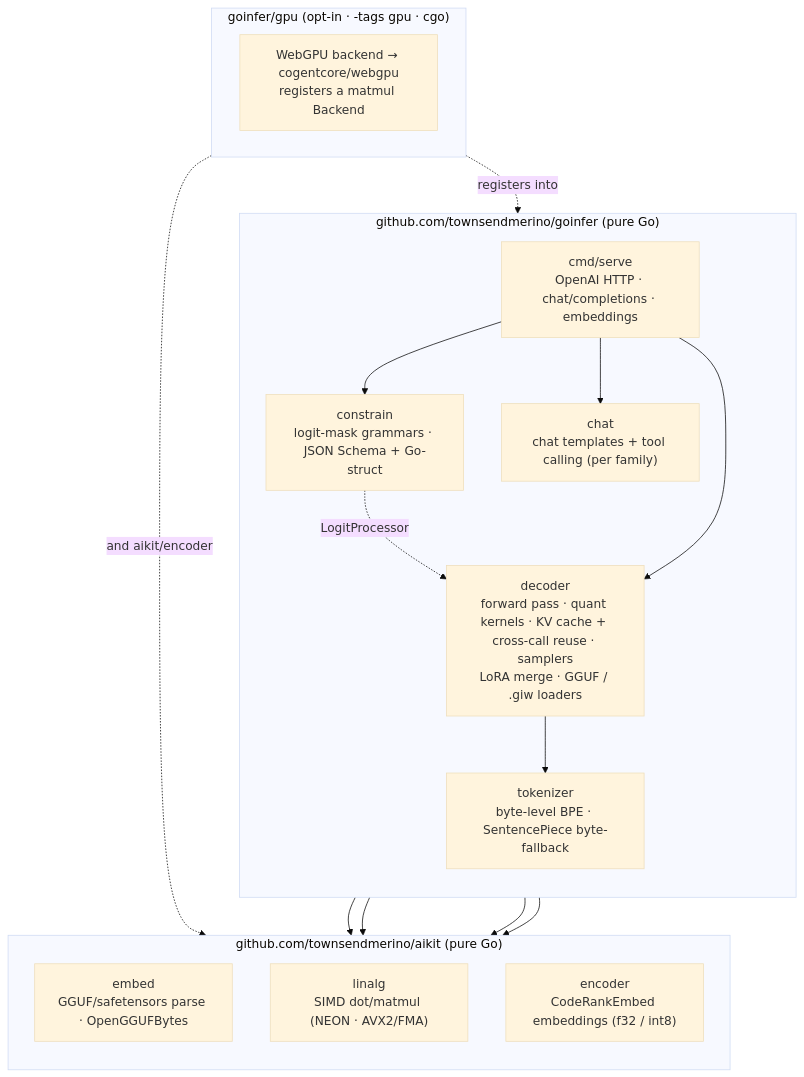
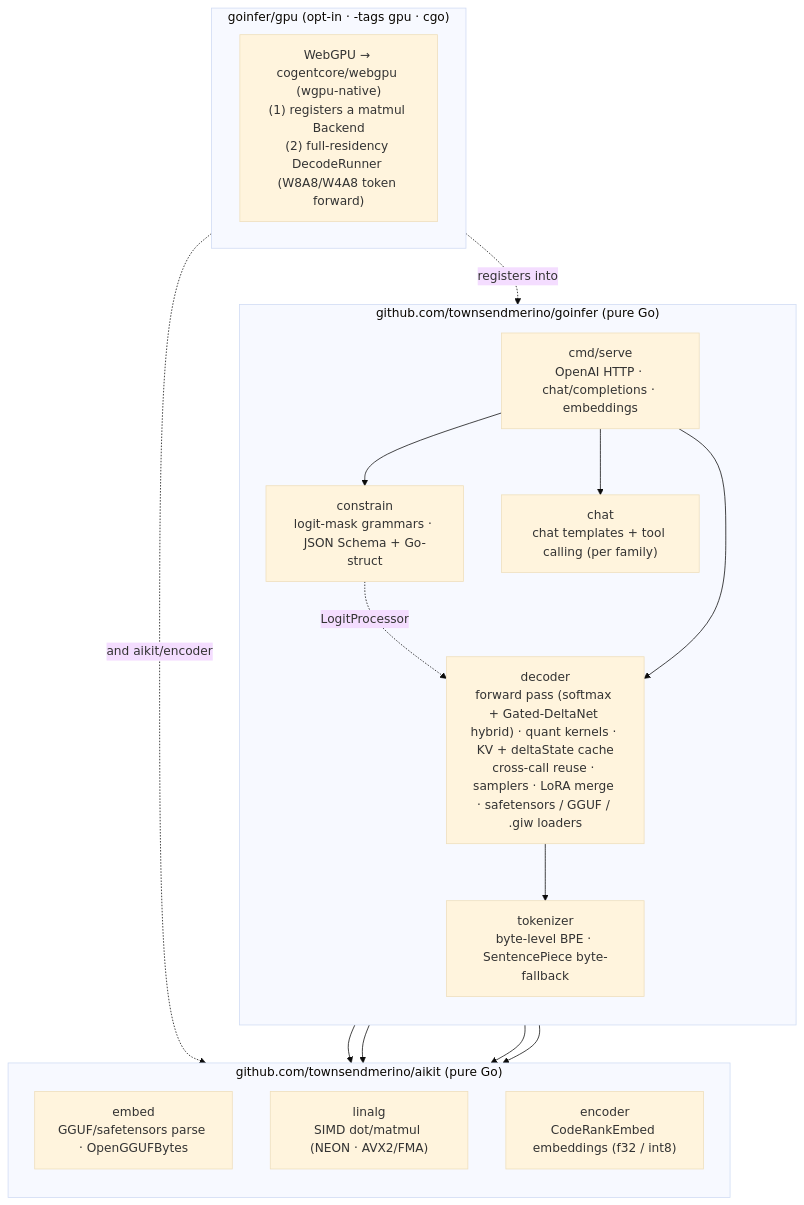
One commit to townsendmerino/goinfer changed the third of 3 diagrams in docs/ARCHITECTURE.md. Above: the diagram before and after it, drawn with Mermaid (base theme). The commit also changed other lines of this file, not shown here.

First line of the commit message:
docs(architecture): refresh for v0.4.0 — DeltaNet hybrid, GPU residency, int4 kernels

````diff
--- a/docs/ARCHITECTURE.md
+++ b/docs/ARCHITECTURE.md
@@ -131,34 +147,34 @@
 ```mermaid
 flowchart TB
   subgraph GOINFER["github.com/townsendmerino/goinfer  (pure Go)"]
     direction TB
-    DEC["decoder<br/>forward pass · quant kernels · KV cache + cross-call reuse · samplers<br/>LoRA merge · GGUF / .giw loaders"]
+    DEC["decoder<br/>forward pass (softmax + Gated-DeltaNet hybrid) · quant kernels · KV + deltaState cache<br/>cross-call reuse · samplers · LoRA merge · safetensors / GGUF / .giw loaders"]
     TKN["tokenizer<br/>byte-level BPE · SentencePiece byte-fallback"]
     CON["constrain<br/>logit-mask grammars · JSON Schema + Go-struct"]
     CHT["chat<br/>chat templates + tool calling (per family)"]
     SRV["cmd/serve<br/>OpenAI HTTP · chat/completions · embeddings"]
     DEC --> TKN
     CON -. "LogitProcessor" .-> DEC
     SRV --> DEC
     SRV --> CHT
     SRV --> CON
   end
 
   subgraph AIKIT["github.com/townsendmerino/aikit  (pure Go)"]
     direction TB
     EMBP["embed<br/>GGUF/safetensors parse · OpenGGUFBytes"]
     LIN["linalg<br/>SIMD dot/matmul (NEON · AVX2/FMA)"]
     ENC["encoder<br/>CodeRankEmbed embeddings (f32 / int8)"]
   end
 
   DEC --> EMBP
   DEC --> LIN
   TKN --> EMBP
   SRV --> ENC
 
   subgraph GPU["goinfer/gpu  (opt-in · -tags gpu · cgo)"]
-    WG["WebGPU backend → cogentcore/webgpu<br/>registers a matmul Backend"]
+    WG["WebGPU → cogentcore/webgpu (wgpu-native)<br/>(1) registers a matmul Backend<br/>(2) full-residency DecodeRunner (W8A8/W4A8 token forward)"]
   end
   GPU -. "registers into" .-> DEC
   GPU -. "and aikit/encoder" .-> AIKIT
 ```
````
